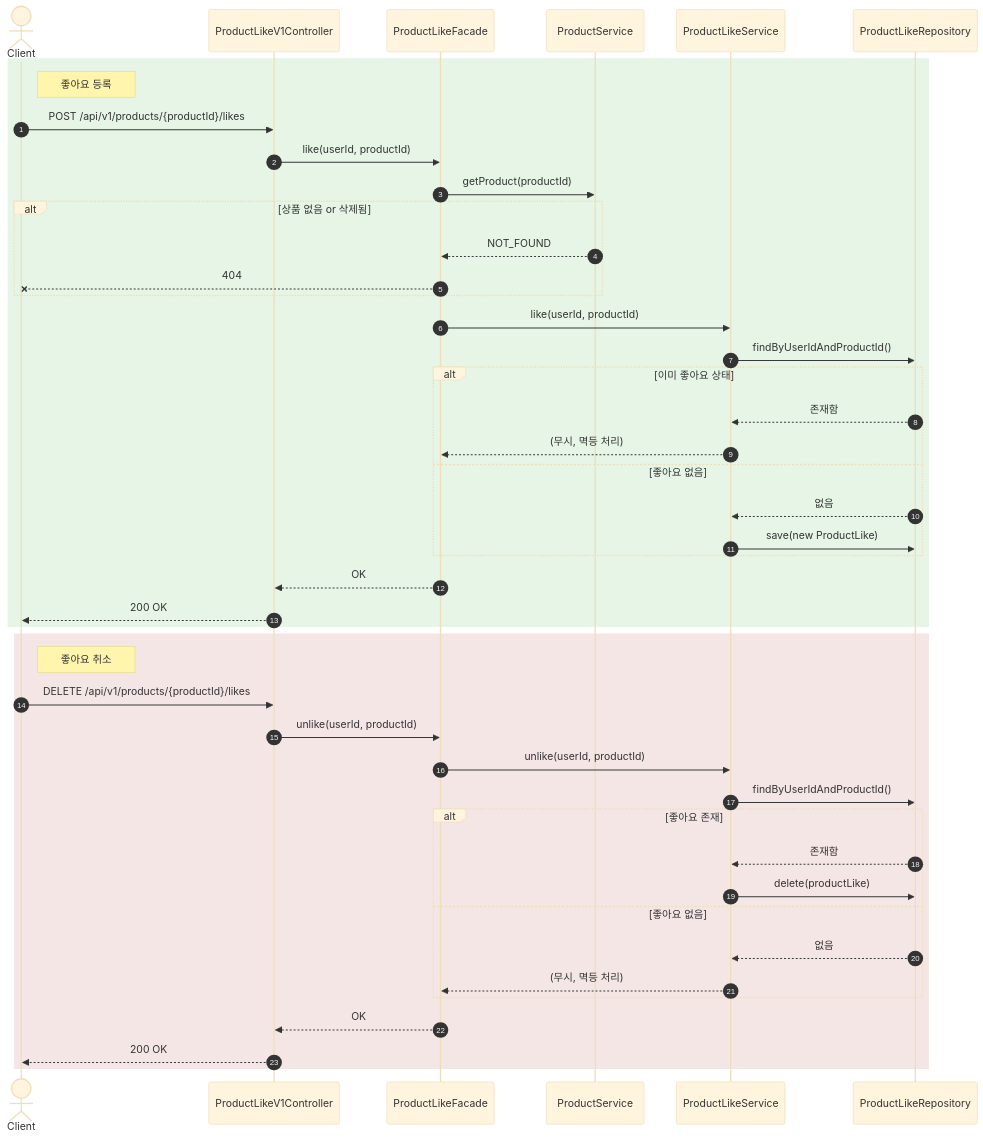
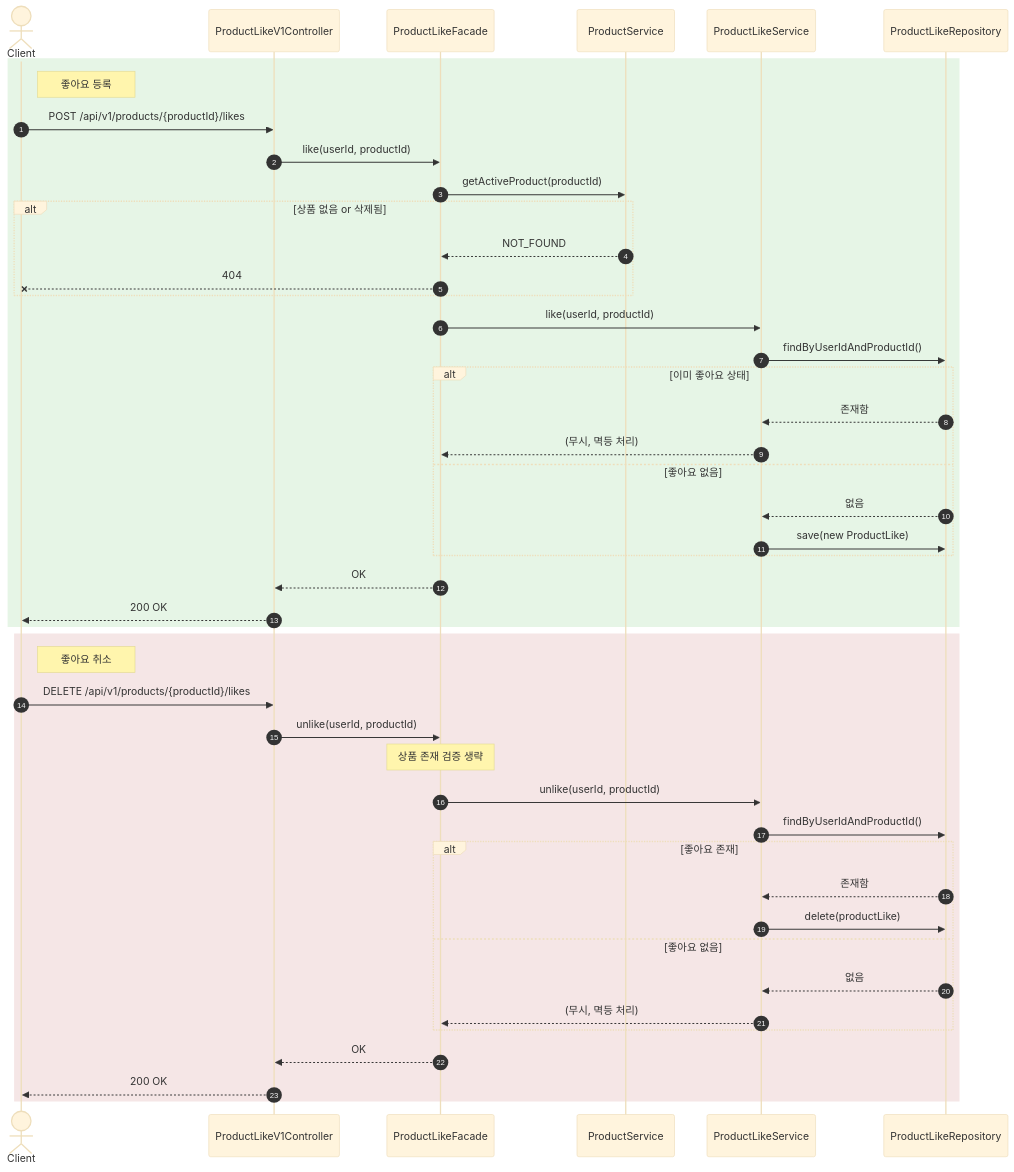
Before and after one commit to letsgojh0810/loop-pack-be-l2-vol3-java: the second of 3 diagrams in docs/design/02-sequence-diagrams.md, drawn with Mermaid (base theme). The commit also changed other lines of this file and 3 other files, not shown here.

````diff
--- a/docs/design/02-sequence-diagrams.md
+++ b/docs/design/02-sequence-diagrams.md
@@ -84,49 +86,50 @@
 ```mermaid
 sequenceDiagram
     autonumber
     actor Client
     participant Controller as ProductLikeV1Controller
     participant Facade as ProductLikeFacade
     participant ProductService as ProductService
     participant LikeService as ProductLikeService
     participant LikeRepo as ProductLikeRepository
 
     rect rgb(230, 245, 230)
         Note right of Client: 좋아요 등록
         Client->>Controller: POST /api/v1/products/{productId}/likes
         Controller->>Facade: like(userId, productId)
-        Facade->>ProductService: getProduct(productId)
+        Facade->>ProductService: getActiveProduct(productId)
         alt 상품 없음 or 삭제됨
             ProductService-->>Facade: NOT_FOUND
             Facade--xClient: 404
         end
         Facade->>LikeService: like(userId, productId)
         LikeService->>LikeRepo: findByUserIdAndProductId()
         alt 이미 좋아요 상태
             LikeRepo-->>LikeService: 존재함
             LikeService-->>Facade: (무시, 멱등 처리)
         else 좋아요 없음
             LikeRepo-->>LikeService: 없음
             LikeService->>LikeRepo: save(new ProductLike)
         end
         Facade-->>Controller: OK
         Controller-->>Client: 200 OK
     end
 
     rect rgb(245, 230, 230)
         Note right of Client: 좋아요 취소
         Client->>Controller: DELETE /api/v1/products/{productId}/likes
         Controller->>Facade: unlike(userId, productId)
+        Note over Facade: 상품 존재 검증 생략
         Facade->>LikeService: unlike(userId, productId)
         LikeService->>LikeRepo: findByUserIdAndProductId()
         alt 좋아요 존재
             LikeRepo-->>LikeService: 존재함
             LikeService->>LikeRepo: delete(productLike)
         else 좋아요 없음
             LikeRepo-->>LikeService: 없음
             LikeService-->>Facade: (무시, 멱등 처리)
         end
         Facade-->>Controller: OK
         Controller-->>Client: 200 OK
     end
 ```
````
